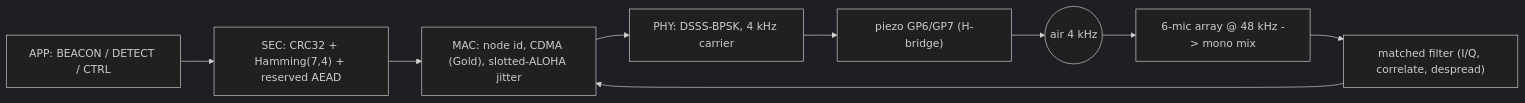
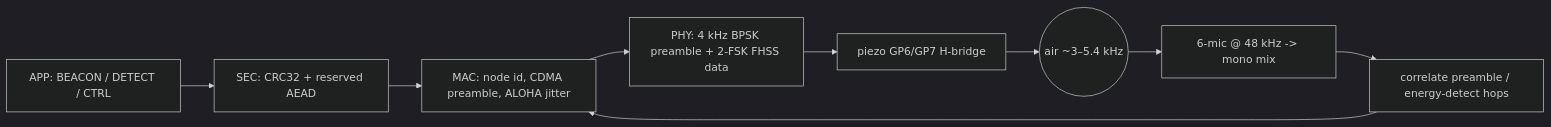
The diagram in chirp.md (fedurca/het68), drawn with Mermaid (dark theme) before and after one commit. The commit also changed other lines of this file and 10 other files, not shown here.

First line of the commit message:
1.4.0: fast FHSS chirp PHY under 100 ms on PS1240

````diff
--- a/chirp.md
+++ b/chirp.md
@@ -23,11 +30,11 @@
 ```mermaid
 flowchart LR
-  app["APP: BEACON / DETECT / CTRL"] --> sec["SEC: CRC32 + Hamming(7,4) + reserved AEAD"]
-  sec --> mac["MAC: node id, CDMA (Gold), slotted-ALOHA jitter"]
-  mac --> phy["PHY: DSSS-BPSK, 4 kHz carrier"]
-  phy --> tx["piezo GP6/GP7 (H-bridge)"]
-  tx --> air((air 4 kHz))
-  air --> rx["6-mic array @ 48 kHz -> mono mix"]
-  rx --> mf["matched filter (I/Q, correlate, despread)"]
+  app["APP: BEACON / DETECT / CTRL"] --> sec["SEC: CRC32 + reserved AEAD"]
+  sec --> mac["MAC: node id, CDMA preamble, ALOHA jitter"]
+  mac --> phy["PHY: 4 kHz BPSK preamble + 2-FSK FHSS data"]
+  phy --> tx["piezo GP6/GP7 H-bridge"]
+  tx --> air((air ~3–5.4 kHz))
+  air --> rx["6-mic @ 48 kHz -> mono mix"]
+  rx --> mf["correlate preamble / energy-detect hops"]
   mf --> mac
 ```
````
